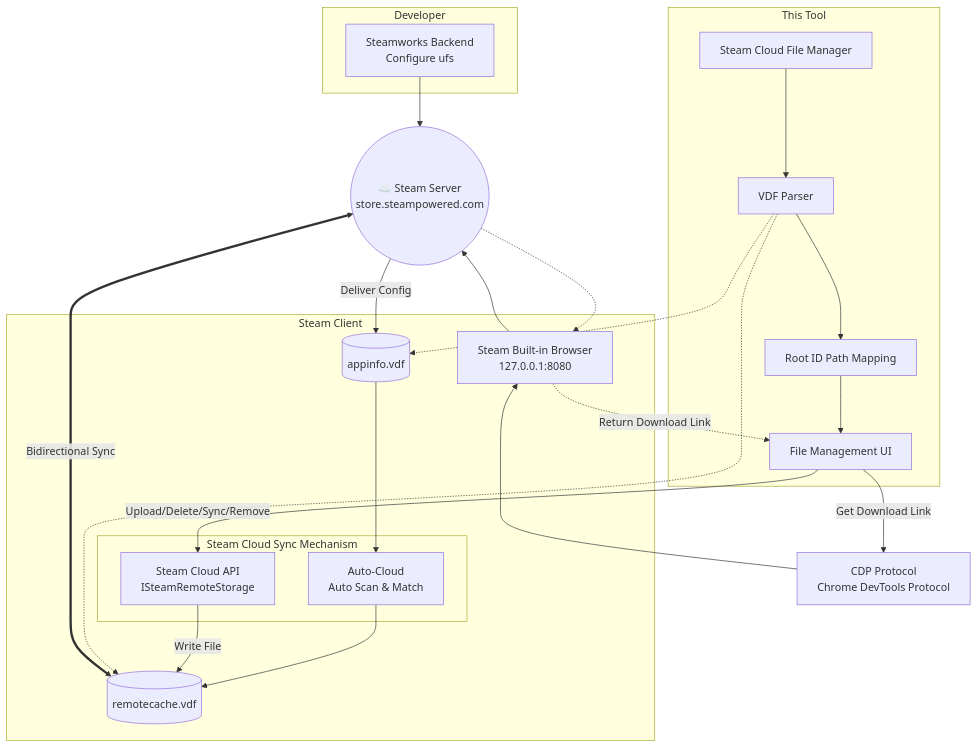
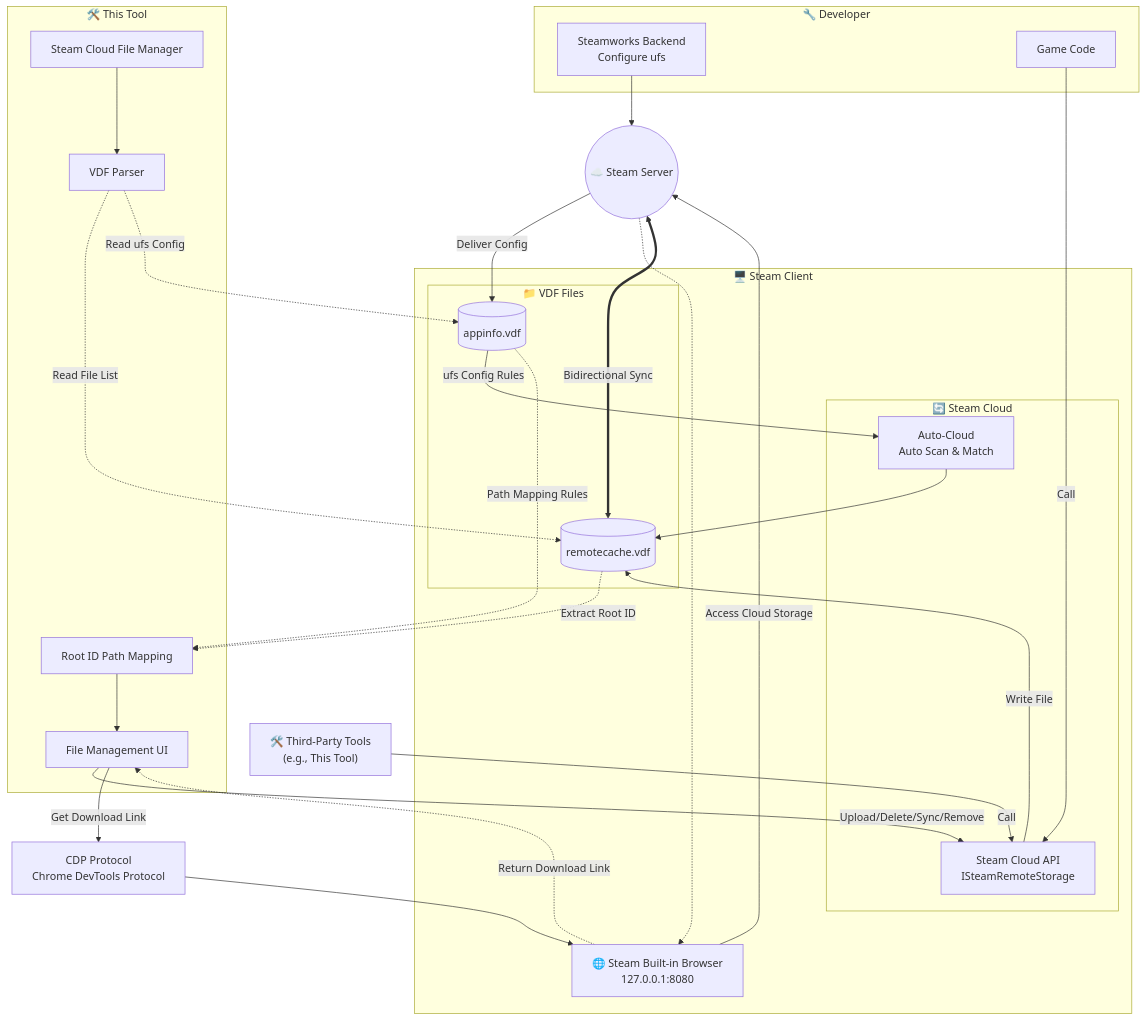
The third of 4 diagrams in README.en.md (Fldicoahkiin/SteamCloudFileManager), drawn with Mermaid before and after one commit. The commit also changed other lines of this file and 2 other files, not shown here.

First line of the commit message:
docs: 更新技术文档和架构图

````diff
--- a/README.en.md
+++ b/README.en.md
@@ -257,54 +346,68 @@
 ```mermaid
 graph TB
-    subgraph dev["Developer"]
+    subgraph dev["🔧 Developer"]
         Steamworks["Steamworks Backend<br/>Configure ufs"]
+        GameCode["Game Code"]
     end
     
-    subgraph client["Steam Client"]
-        AppInfo[(appinfo.vdf)]
-        RemoteCache[(remotecache.vdf)]
+    Cloud(("☁️ Steam Server"))
+    
+    subgraph client["🖥️ Steam Client"]
+        subgraph vdf["📁 VDF Files"]
+            AppInfo[(appinfo.vdf)]
+            RemoteCache[(remotecache.vdf)]
+        end
         
-        subgraph sync["Steam Cloud Sync Mechanism"]
+        subgraph sync["🔄 Steam Cloud"]
             Auto["Auto-Cloud<br/>Auto Scan & Match"]
             API["Steam Cloud API<br/>ISteamRemoteStorage"]
         end
         
-        SteamBrowser["Steam Built-in Browser<br/>127.0.0.1:8080"]
+        SteamBrowser["🌐 Steam Built-in Browser<br/>127.0.0.1:8080"]
     end
     
     CDP["CDP Protocol<br/>Chrome DevTools Protocol"]
     
-    Cloud(("☁️ Steam Server<br/>store.steampowered.com"))
+    ThirdParty["🛠️ Third-Party Tools<br/>(e.g., This Tool)"]
     
-    subgraph tool["This Tool"]
+    subgraph tool["🛠️ This Tool"]
         App["Steam Cloud File Manager"]
         Parser["VDF Parser"]
         Resolver["Root ID Path Mapping"]
         UI["File Management UI"]
     end
     
-    %% Config Flow (Steamworks → Server → Client)
+    %% Steamworks Config → Auto-Cloud
     Steamworks --> Cloud
     Cloud -->|Deliver Config| AppInfo
-    AppInfo --> Auto
+    AppInfo -->|ufs Config Rules| Auto
+    Auto --> RemoteCache
     
-    %% Sync Mechanism
-    Auto --> RemoteCache
+    %% Game Code/Third-Party → API
+    GameCode -->|Call| API
+    ThirdParty -->|Call| API
+    
+    %% Bidirectional Sync
     API -->|Write File| RemoteCache
     RemoteCache <===>|Bidirectional Sync| Cloud
     
-    %% Browser
+    %% This Tool Reads
+    App --> Parser
+    Parser -.Read File List.-> RemoteCache
+    Parser -.Read ufs Config.-> AppInfo
+    
+    %% Root ID Mapping
+    RemoteCache -.Extract Root ID.-> Resolver
+    AppInfo -.Path Mapping Rules.-> Resolver
+    Resolver --> UI
+    
+    %% This Tool Calls API (Same as Game Code)
+    UI -->|Upload/Delete/Sync/Remove| API
+    
+    %% Download Link
+    UI -->|Get Download Link| CDP
     CDP --> SteamBrowser
-    SteamBrowser --> Cloud
-    
-    %% This Tool
-    App --> Parser
-    Parser -.-> RemoteCache
-    Parser -.-> AppInfo
-    Parser --> Resolver
-    Resolver --> UI
-    UI -->|Upload/Delete/Sync/Remove| API
-    UI -->|Get Download Link| CDP
+    SteamBrowser -->|Access Cloud Storage| Cloud
     Cloud -.-> SteamBrowser
     SteamBrowser -.Return Download Link.-> UI
 ```
````
